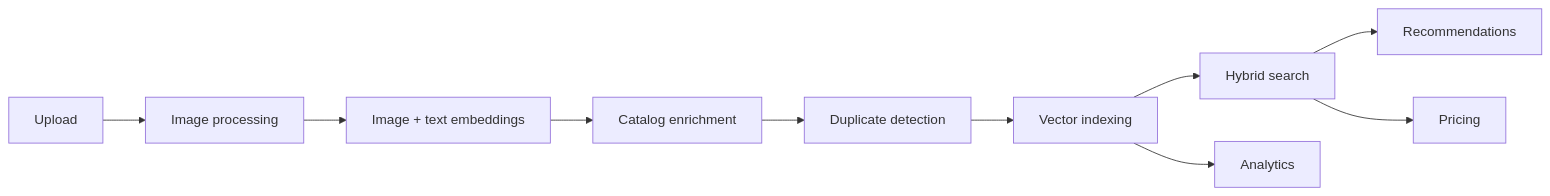
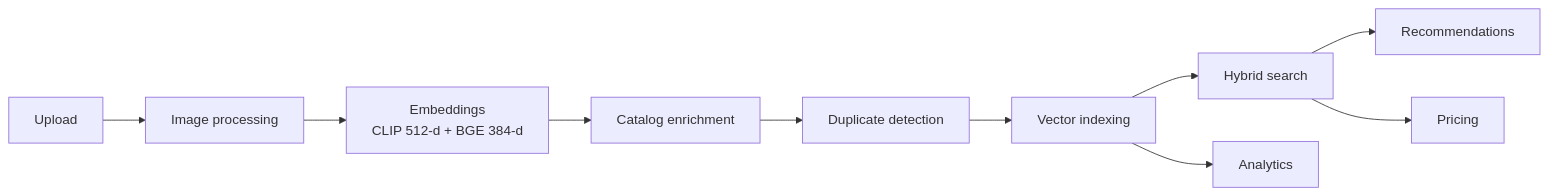
One commit to Vikas9892/product_intelligence changed the first of 2 diagrams in README.md. Above: the diagram before and after it, drawn with Mermaid. The commit also changed other lines of this file, not shown here.

````diff
--- a/README.md
+++ b/README.md
@@ -32,12 +55,12 @@
 ```mermaid
 flowchart LR
     U[Upload] --> IP[Image processing]
-    IP --> EMB[Image + text embeddings]
+    IP --> EMB["Embeddings<br/>CLIP 512-d + BGE 384-d"]
     EMB --> CAT[Catalog enrichment]
     CAT --> DUP[Duplicate detection]
     DUP --> IDX[Vector indexing]
     IDX --> SRCH[Hybrid search]
     SRCH --> REC[Recommendations]
     SRCH --> PRICE[Pricing]
     IDX --> AN[Analytics]
 ```
````
